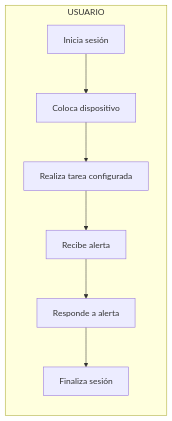
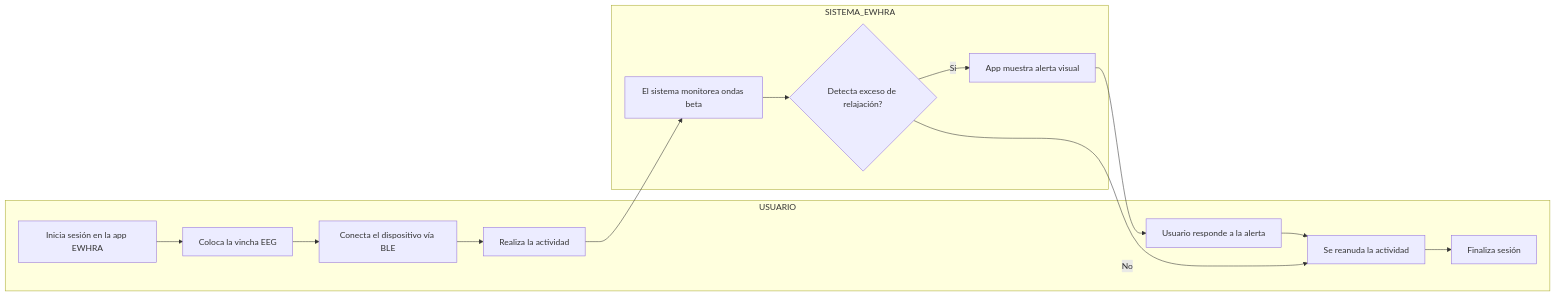
One commit to proyectoitsv/2025_EWHRA changed the diagram in DiseñoSistemas/Diagramacasosdeuso.mmd. Above: the diagram before and after it, drawn with Mermaid.

Commit message:
Update use case diagram for EWHRA app

```diff
--- a/DiseñoSistemas/Diagramacasosdeuso.mmd
+++ b/DiseñoSistemas/Diagramacasosdeuso.mmd
@@ -1,16 +1,32 @@
 flowchart LR
-    A[Inicia sesión] --> B[Coloca dispositivo]
-    B --> C[Realiza tarea configurada]
-    C --> D[Recibe alerta]
-    D --> E[Responde a alerta]
-    E --> F[Finaliza sesión]
+    A[Inicia sesión en la app EWHRA] --> B[Coloca la vincha EEG]
+    B --> C[Conecta el dispositivo vía BLE]
+    C --> D[Realiza la actividad]
+    D --> E[El sistema monitorea ondas beta]
+    E --> F{Detecta exceso de relajación?}
     
+    F -->|Sí| G[App muestra alerta visual]
+    G --> H[Usuario responde a la alerta]
+    H --> I[Se reanuda la actividad]
+
+    F -->|No| I
+
+    I --> J[Finaliza sesión]
+
     %% Agrupación del actor: Usuario
     subgraph USUARIO
         A
         B
         C
         D
+        H
+        I
+        J
+    end
+
+    %% Agrupación del sistema EWHRA
+    subgraph SISTEMA_EWHRA
         E
         F
+        G
     end
```
